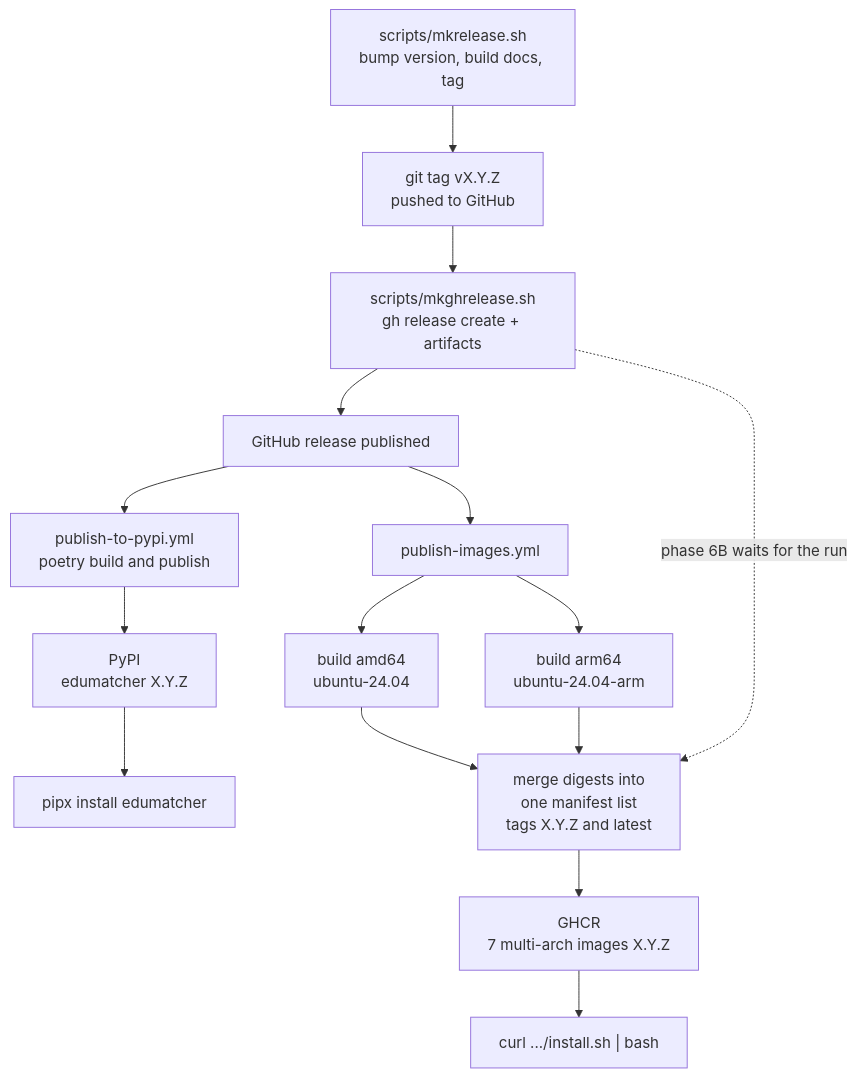
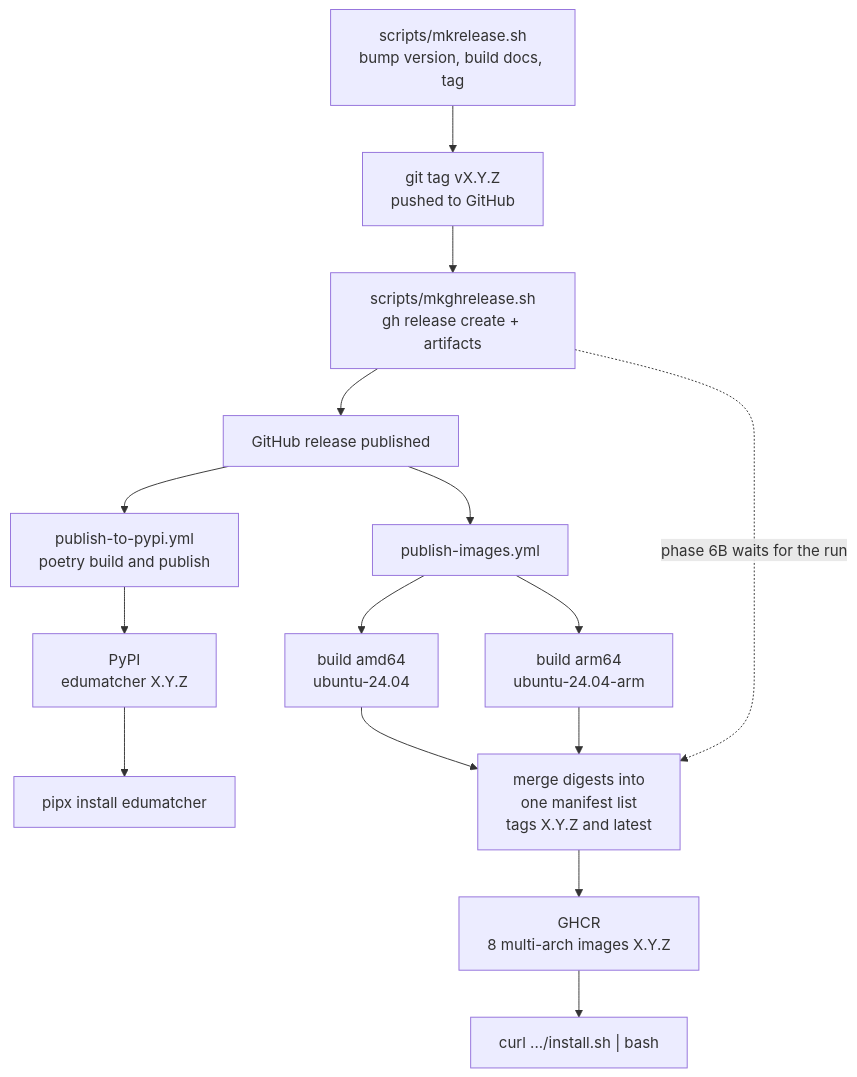
One commit to johan162/EduMatcher changed the diagram in docs/books/architecture-and-development/part-5-releasing/010-release-process.md. Above: the diagram before and after it, drawn with Mermaid. The commit also changed other lines of this file and 428 other files, not shown here.

````diff
--- a/docs/books/architecture-and-development/part-5-releasing/010-release-process.md
+++ b/docs/books/architecture-and-development/part-5-releasing/010-release-process.md
@@ -14,28 +14,28 @@
 ```mermaid
 flowchart TD
     MK["scripts/mkrelease.sh\nbump version, build docs, tag"]
     TAG["git tag vX.Y.Z\npushed to GitHub"]
     GH["scripts/mkghrelease.sh\ngh release create + artifacts"]
     REL["GitHub release published"]
 
     PYPI["publish-to-pypi.yml\npoetry build and publish"]
     IMG["publish-images.yml"]
 
     AMD["build amd64\nubuntu-24.04"]
     ARM["build arm64\nubuntu-24.04-arm"]
     MERGE["merge digests into\none manifest list\ntags X.Y.Z and latest"]
 
     OUTP["PyPI\nedumatcher X.Y.Z"]
-    OUTC["GHCR\n7 multi-arch images X.Y.Z"]
+    OUTC["GHCR\n8 multi-arch images X.Y.Z"]
 
     USER1["pipx install edumatcher"]
     USER2["curl .../install.sh | bash"]
 
     MK --> TAG --> GH --> REL
     REL --> PYPI --> OUTP --> USER1
     REL --> IMG
     IMG --> AMD --> MERGE
     IMG --> ARM --> MERGE
     MERGE --> OUTC --> USER2
     GH -.->|"phase 6B waits for the run"| MERGE
 ```
````
